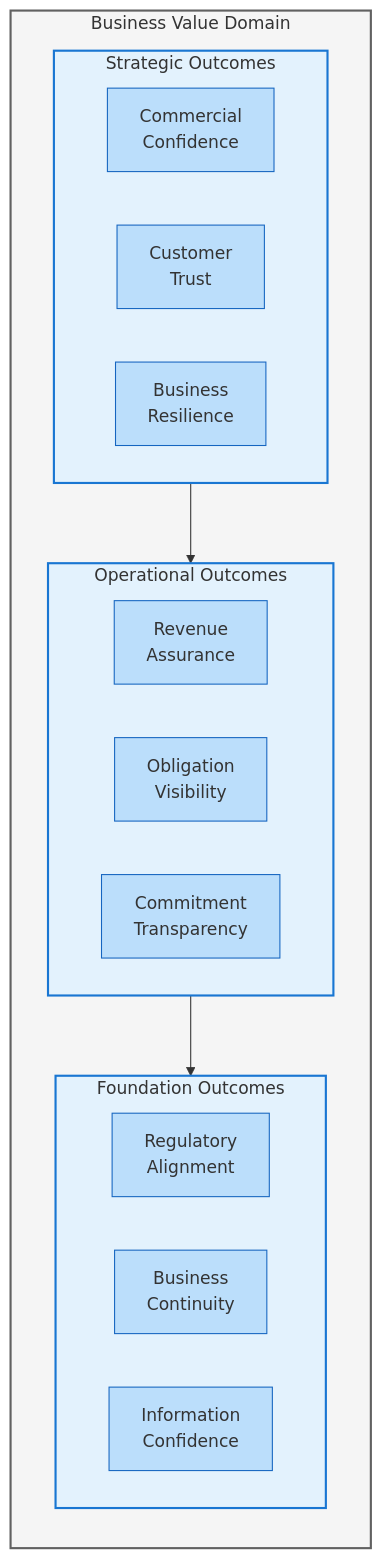
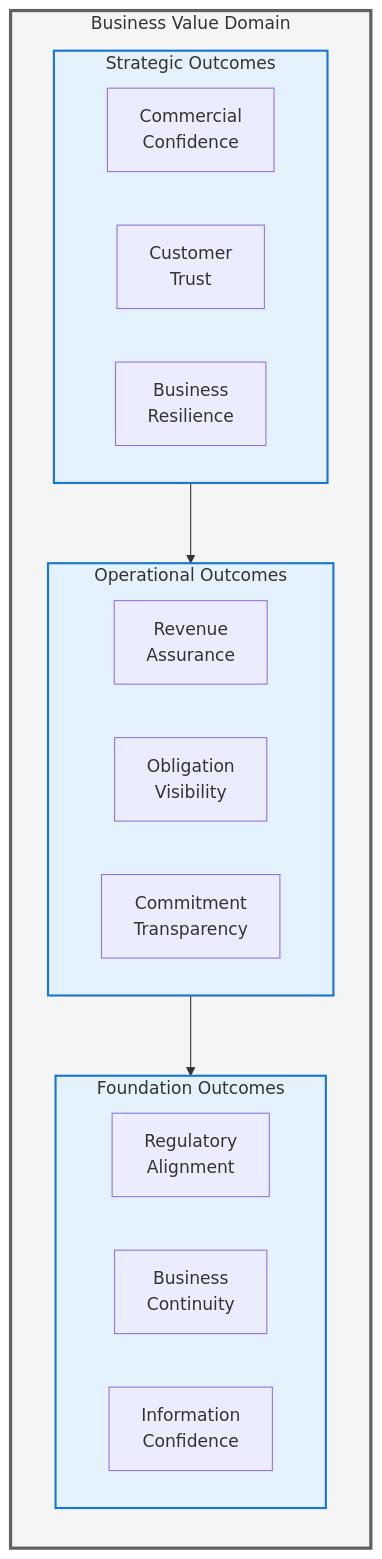
Before and after one commit to Evilazaro/Azure-LogicApps-Monitoring: the first of 7 diagrams in docs/architecture/01-business-architecture.md, drawn with Mermaid. The commit also changed other lines of this file, not shown here.

Commit message:
Refactor Business Architecture document: update diagram styling for clarity and consistency

````diff
--- a/docs/architecture/01-business-architecture.md
+++ b/docs/architecture/01-business-architecture.md
@@ -187,39 +187,36 @@
 ```mermaid
 flowchart LR
     subgraph Business_Value["Business Value Domain"]
         direction TB
 
         subgraph Strategic["Strategic Outcomes"]
             direction LR
             SO1["Commercial<br/>Confidence"]
             SO2["Customer<br/>Trust"]
             SO3["Business<br/>Resilience"]
         end
 
         subgraph Operational["Operational Outcomes"]
             direction LR
             OO1["Revenue<br/>Assurance"]
             OO2["Obligation<br/>Visibility"]
             OO3["Commitment<br/>Transparency"]
         end
 
         subgraph Foundation["Foundation Outcomes"]
             direction LR
             FO1["Regulatory<br/>Alignment"]
             FO2["Business<br/>Continuity"]
             FO3["Information<br/>Confidence"]
         end
 
         Strategic --> Operational
         Operational --> Foundation
     end
 
-    classDef level1 fill:#f5f5f5,stroke:#616161,stroke-width:2px
+    classDef level1 fill:#f5f5f5,stroke:#616161,stroke-width:3px
     classDef level2 fill:#e3f2fd,stroke:#1976d2,stroke-width:2px
-    classDef level3 fill:#ffffff,stroke:#90caf9,stroke-width:1px
-    classDef node fill:#bbdefb,stroke:#1565c0,stroke-width:1px
 
     class Business_Value level1
     class Strategic,Operational,Foundation level2
-    class SO1,SO2,SO3,OO1,OO2,OO3,FO1,FO2,FO3 node
 ```
````
